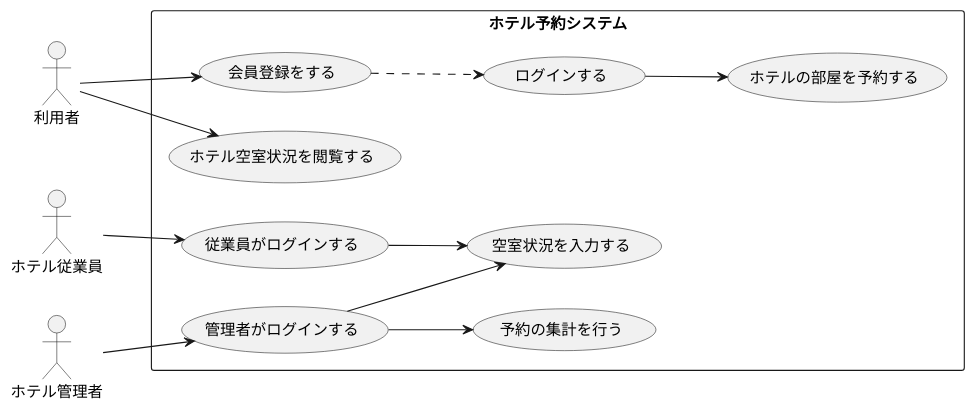
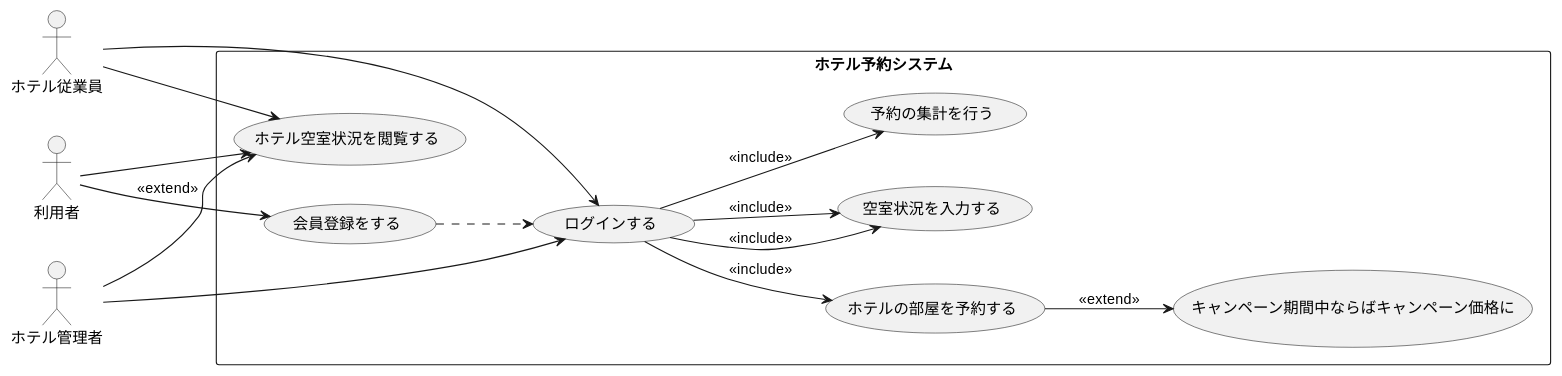
The diagram in 演習2-8_UC_ホテル予約システム.pu (useruser0123/uml-introduction), drawn with PlantUML before and after one commit.

Commit message:
演習2-8 修正

```diff
--- a/演習2-8_UC_ホテル予約システム.pu
+++ b/演習2-8_UC_ホテル予約システム.pu
@@ -1,30 +1,34 @@
 @startuml ホテル予約システム
 left to right direction
 
 actor 利用者 as user
 actor ホテル従業員 as staff
 actor ホテル管理者 as admin
 
 rectangle ホテル予約システム {
 usecase 会員登録をする as k
 usecase ログインする as login
 usecase ホテル空室状況を閲覧する as e
 usecase ホテルの部屋を予約する as y
 usecase 空室状況を入力する as a
 usecase 予約の集計を行う as b
-usecase 従業員がログインする as log
+usecase キャンペーン期間中ならばキャンペーン価格に as p
 
-user --> k
+
+user --> k : <<extend>>
 k ..> login
-login --> y
+login --> y: <<include>>
+y --> p : <<extend>>
 user --> e
-staff --> log
-log --> a
-admin --> (管理者がログインする)
-(管理者がログインする) --> a
-(管理者がログインする) --> b
+staff --> login 
+login  --> a: <<include>>
+staff --> e
+admin --> e
+admin --> login
+login --> a: <<include>>
+login --> b: <<include>>
 
 
 }
 
 @enduml
```
